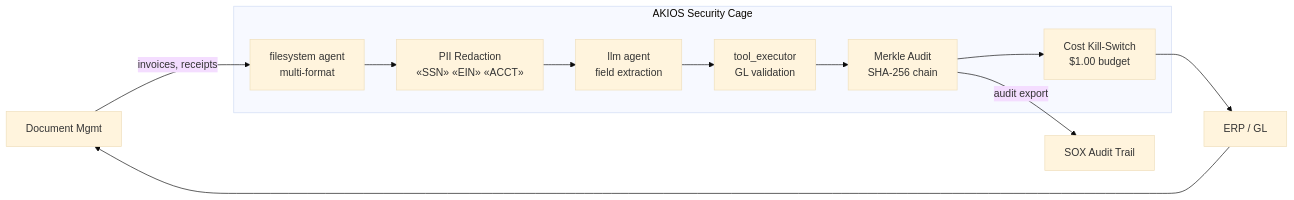
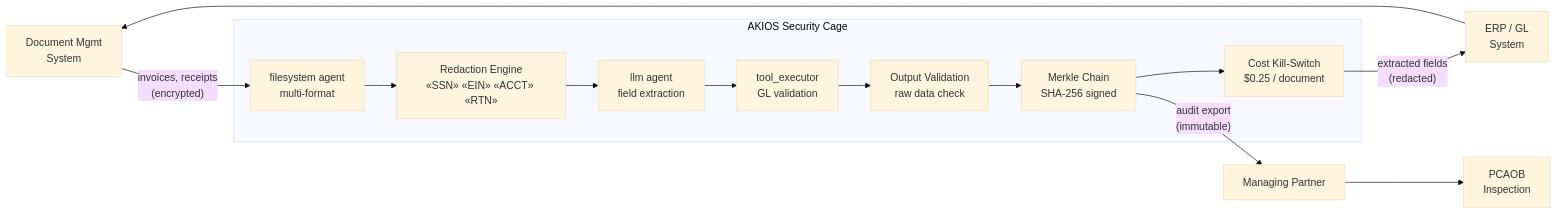
The diagram in site/case-studies/accounting-document-processing.mdx (akios-ai/website), drawn with Mermaid (base theme) before and after one commit. The commit also changed other lines of this file and 125 other files, not shown here.

Commit message:
Enrich all blog posts EN+FR — tables, mermaid diagrams, policy YAML, regulatory frameworks, Try It Yourself sections, related footer links

````diff
--- a/site/case-studies/accounting-document-processing.mdx
+++ b/site/case-studies/accounting-document-processing.mdx
@@ -39,16 +100,18 @@
 ```mermaid
 graph LR
-    DMS["Document Mgmt"] -->|invoices, receipts| FS["filesystem agent\nmulti-format"]
+    DMS["Document Mgmt\nSystem"] -->|"invoices, receipts\n(encrypted)"| FS["filesystem agent\nmulti-format"]
 
     subgraph CAGE["AKIOS Security Cage"]
-        FS --> PII["PII Redaction\n«SSN» «EIN» «ACCT»"]
+        FS --> PII["Redaction Engine\n«SSN» «EIN» «ACCT» «RTN»"]
         PII --> LLM["llm agent\nfield extraction"]
         LLM --> TE["tool_executor\nGL validation"]
-        TE --> MERKLE["Merkle Audit\nSHA-256 chain"]
-        MERKLE --> COST["Cost Kill-Switch\n$1.00 budget"]
+        TE --> VALID["Output Validation\nraw data check"]
+        VALID --> MERKLE["Merkle Chain\nSHA-256 signed"]
+        MERKLE --> COST["Cost Kill-Switch\n$0.25 / document"]
     end
 
-    COST --> ERP["ERP / GL"]
+    COST -->|"extracted fields\n(redacted)"| ERP["ERP / GL\nSystem"]
     ERP --> DMS
-    MERKLE -->|audit export| Partner["SOX Audit Trail"]
+    MERKLE -->|"audit export\n(immutable)"| Partner["Managing Partner"]
+    Partner --> PCAOB["PCAOB\nInspection"]
 ```
````
